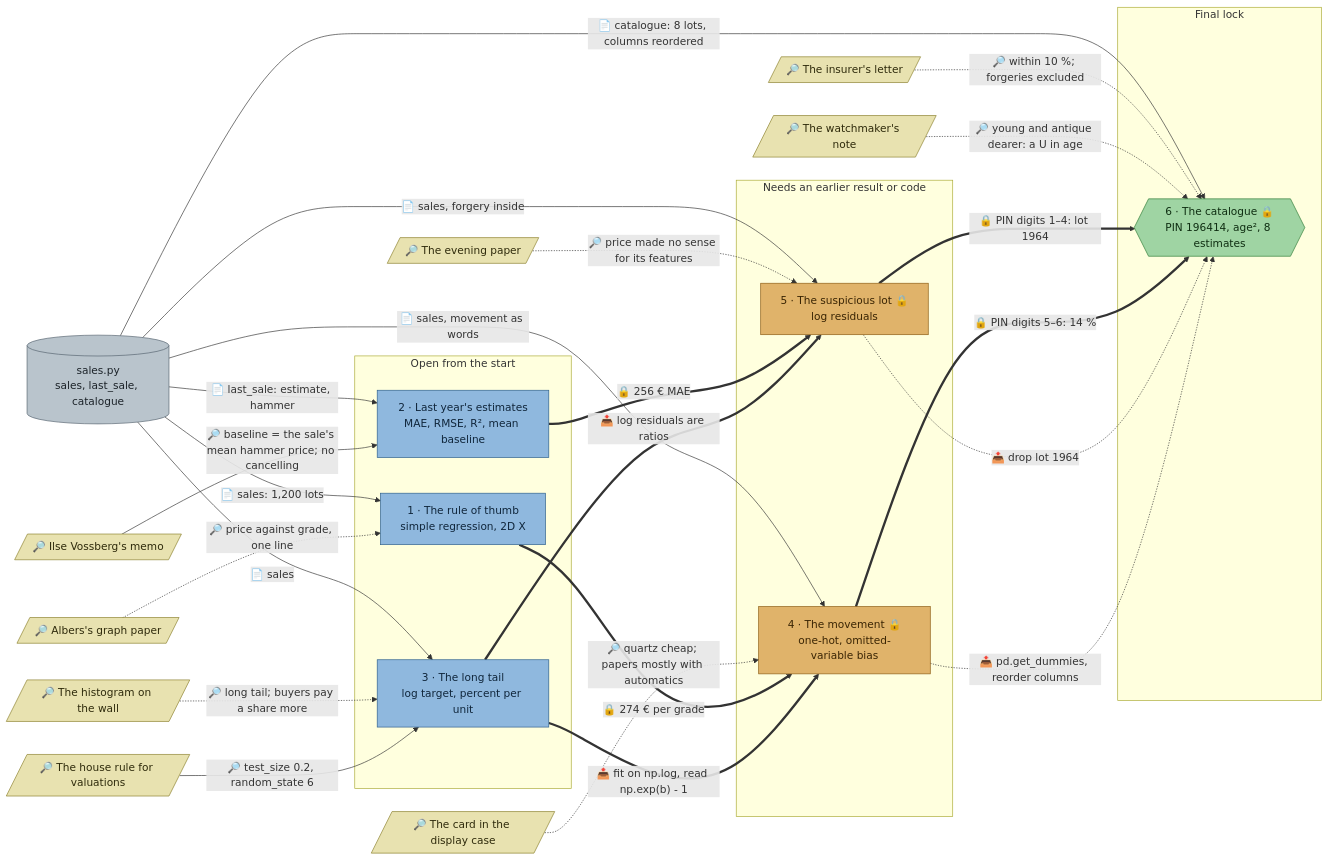
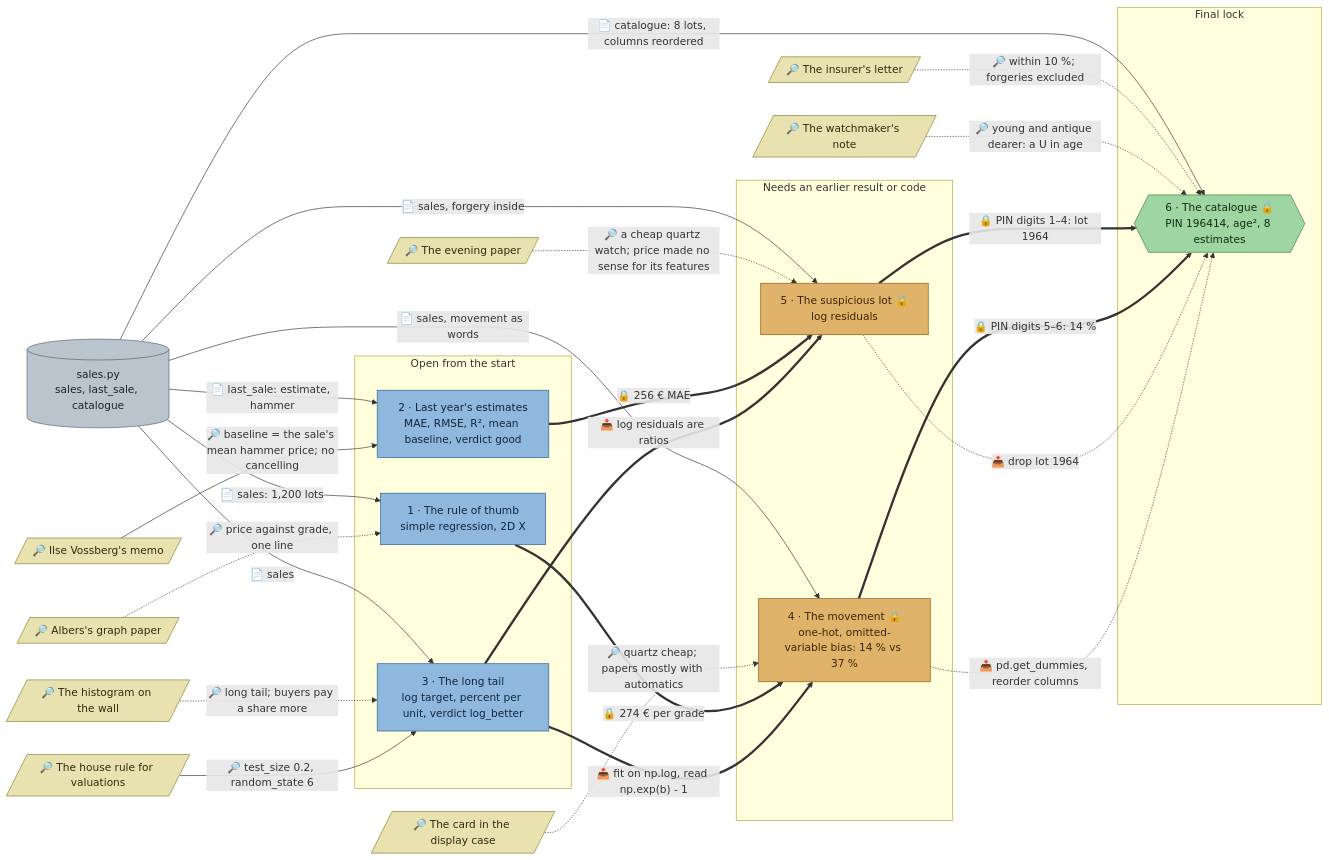
One commit to mhoffmann-wbs/DataScienceEscapeRooms changed the diagram in docs/flows/ml-auction.md. Above: the diagram before and after it, drawn with Mermaid. The commit also changed other lines of this file and 21 other files, not shown here.

````diff
--- a/docs/flows/ml-auction.md
+++ b/docs/flows/ml-auction.md
@@ -5,64 +5,64 @@
 ```mermaid
 flowchart LR
   alberssketch[/"🔎 Albers's graph paper"/]
   ilsememo[/"🔎 Ilse Vossberg's memo"/]
   histogram[/"🔎 The histogram on the wall"/]
   houserule[/"🔎 The house rule for valuations"/]
   movementcard[/"🔎 The card in the display case"/]
   newspaper[/"🔎 The evening paper"/]
   insurerletter[/"🔎 The insurer's letter"/]
   workshopnote[/"🔎 The watchmaker's note"/]
 
   d_all[("sales.py<br/>sales, last_sale, catalogue")]
 
   subgraph p1["Open from the start"]
     rule["1 · The rule of thumb<br/>simple regression, 2D X"]
-    estimates["2 · Last year's estimates<br/>MAE, RMSE, R², mean baseline"]
-    tail["3 · The long tail<br/>log target, percent per unit"]
+    estimates["2 · Last year's estimates<br/>MAE, RMSE, R², mean baseline, verdict good"]
+    tail["3 · The long tail<br/>log target, percent per unit, verdict log_better"]
   end
 
   subgraph p2["Needs an earlier result or code"]
-    movement["4 · The movement 🔒<br/>one-hot, omitted-variable bias"]
+    movement["4 · The movement 🔒<br/>one-hot, omitted-variable bias: 14 % vs 37 %"]
     forgery["5 · The suspicious lot 🔒<br/>log residuals"]
   end
 
   subgraph p3["Final lock"]
     catalogue{{"6 · The catalogue 🔒<br/>PIN 196414, age², 8 estimates"}}
   end
 
   d_all -->|"📄 sales: 1,200 lots"| rule
   d_all -->|"📄 last_sale: estimate, hammer"| estimates
   d_all -->|"📄 sales"| tail
   d_all -->|"📄 sales, movement as words"| movement
   d_all -->|"📄 sales, forgery inside"| forgery
   d_all -->|"📄 catalogue: 8 lots, columns reordered"| catalogue
 
   alberssketch -.->|"🔎 price against grade, one line"| rule
   ilsememo -->|"🔎 baseline = the sale's mean hammer price; no cancelling"| estimates
   histogram -.->|"🔎 long tail; buyers pay a share more"| tail
   houserule -->|"🔎 test_size 0.2, random_state 6"| tail
   movementcard -.->|"🔎 quartz cheap; papers mostly with automatics"| movement
-  newspaper -.->|"🔎 price made no sense for its features"| forgery
+  newspaper -.->|"🔎 a cheap quartz watch; price made no sense for its features"| forgery
   insurerletter -.->|"🔎 within 10 %; forgeries excluded"| catalogue
   workshopnote -.->|"🔎 young and antique dearer: a U in age"| catalogue
 
   rule ==>|"🔒 274 € per grade"| movement
   estimates ==>|"🔒 256 € MAE"| forgery
   tail ==>|"📤 fit on np.log, read np.exp(b) - 1"| movement
   tail ==>|"📤 log residuals are ratios"| forgery
   forgery ==>|"🔒 PIN digits 1–4: lot 1964"| catalogue
   movement ==>|"🔒 PIN digits 5–6: 14 %"| catalogue
   forgery -.->|"📤 drop lot 1964"| catalogue
   movement -.->|"📤 pd.get_dummies, reorder columns"| catalogue
 
   classDef station fill:#8fb8de,stroke:#2b5d8a,color:#10263b
   classDef locked fill:#e0b36a,stroke:#8a5a12,color:#3a2504
   classDef clue fill:#e8e2b0,stroke:#8a7f2b,color:#2e2a0b
   classDef data fill:#b9c4cc,stroke:#55636e,color:#1c2329
   classDef final fill:#9fd4a3,stroke:#2f7a36,color:#0f2e12
   class rule,estimates,tail station
   class movement,forgery locked
   class alberssketch,ilsememo,histogram,houserule,movementcard,newspaper,insurerletter,workshopnote clue
   class d_all data
   class catalogue final
 ```
````
